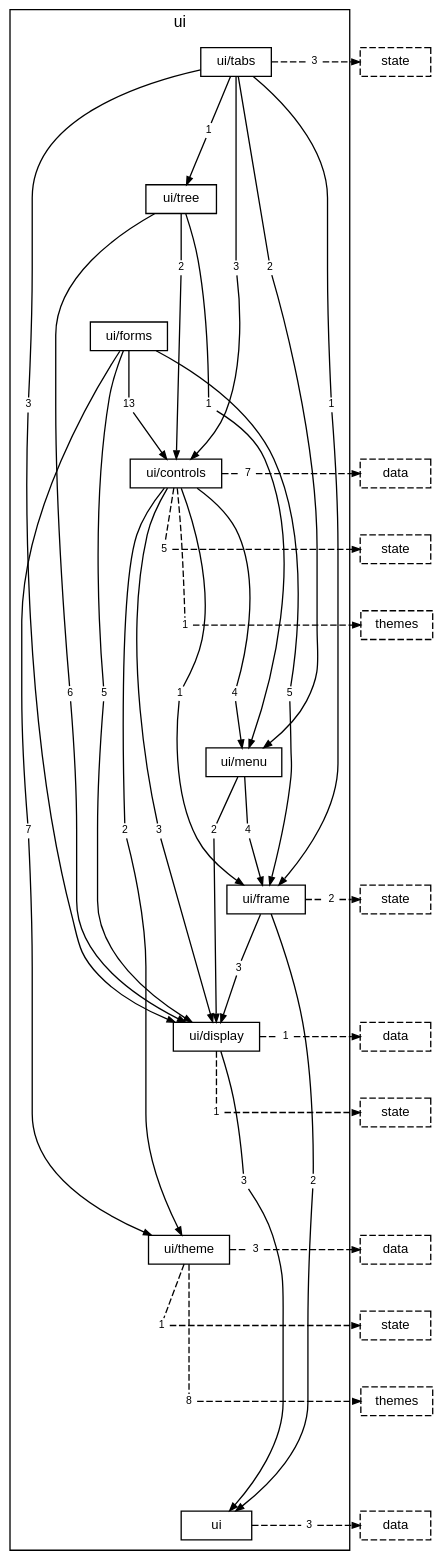
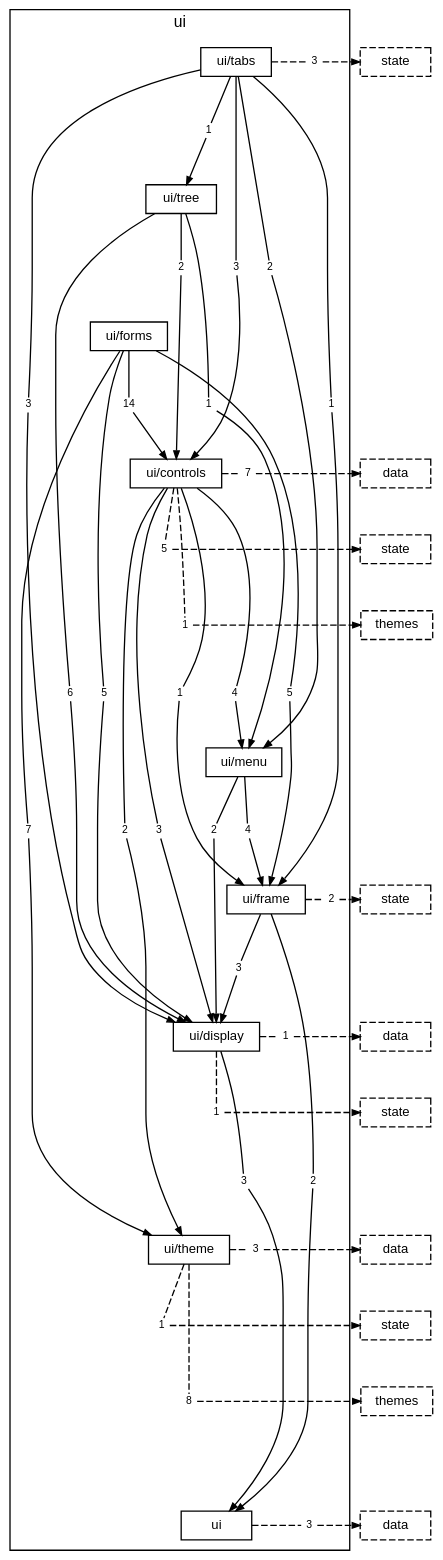
The diagram in docs/diagrams/layer-ui.dot (TheAxeC/oculus), drawn with Graphviz before and after one commit. The commit also changed 81 other files, not shown here.

```diff
--- a/docs/diagrams/layer-ui.dot
+++ b/docs/diagrams/layer-ui.dot
@@ -1,143 +1,143 @@
 digraph layer_ui {
     graph [bgcolor="transparent", rankdir=TB, newrank=true, mclimit=4, fontname="Helvetica", fontsize=12, nodesep=0.2, ranksep=0.5];
     node [shape=box, color="black", fontcolor="black", fontname="Helvetica", fontsize=10, height=0.3, margin="0.12,0.04"];
     edge [color="black", fontcolor="black", fontname="Helvetica", fontsize=8, arrowsize=0.6];
     subgraph "cluster_ui" {
         label="ui"; style=solid;
         "folder ui/tabs" [label="ui/tabs"];
         "folder ui/tree" [label="ui/tree"];
         "folder ui/forms" [label="ui/forms"];
         "folder ui/controls" [label="ui/controls"];
         "folder ui/menu" [label="ui/menu"];
         "folder ui/frame" [label="ui/frame"];
         "folder ui/display" [label="ui/display"];
         "folder ui/theme" [label="ui/theme"];
         "folder ui" [label="ui"];
         "folder ui/tabs to folder ui/controls" [label="3", shape=box, color="transparent", fontsize=8, width=0, height=0, margin="0.04,0.02"];
         "folder ui/tabs to folder ui/display" [label="3", shape=box, color="transparent", fontsize=8, width=0, height=0, margin="0.04,0.02"];
         "folder ui/tabs to folder ui/frame" [label="1", shape=box, color="transparent", fontsize=8, width=0, height=0, margin="0.04,0.02"];
         "folder ui/tabs to folder ui/menu" [label="2", shape=box, color="transparent", fontsize=8, width=0, height=0, margin="0.04,0.02"];
         "folder ui/tabs to folder ui/tree" [label="1", shape=box, color="transparent", fontsize=8, width=0, height=0, margin="0.04,0.02"];
         "folder ui/tabs to layer state" [label="3", shape=box, color="transparent", fontsize=8, width=0, height=0, margin="0.04,0.02"];
         "folder ui/tree to folder ui/controls" [label="2", shape=box, color="transparent", fontsize=8, width=0, height=0, margin="0.04,0.02"];
         "folder ui/tree to folder ui/display" [label="6", shape=box, color="transparent", fontsize=8, width=0, height=0, margin="0.04,0.02"];
         "folder ui/tree to folder ui/menu" [label="1", shape=box, color="transparent", fontsize=8, width=0, height=0, margin="0.04,0.02"];
-        "folder ui/forms to folder ui/controls" [label="13", shape=box, color="transparent", fontsize=8, width=0, height=0, margin="0.04,0.02"];
+        "folder ui/forms to folder ui/controls" [label="14", shape=box, color="transparent", fontsize=8, width=0, height=0, margin="0.04,0.02"];
         "folder ui/forms to folder ui/display" [label="5", shape=box, color="transparent", fontsize=8, width=0, height=0, margin="0.04,0.02"];
         "folder ui/forms to folder ui/frame" [label="5", shape=box, color="transparent", fontsize=8, width=0, height=0, margin="0.04,0.02"];
         "folder ui/forms to folder ui/theme" [label="7", shape=box, color="transparent", fontsize=8, width=0, height=0, margin="0.04,0.02"];
         "folder ui/controls to folder ui/display" [label="3", shape=box, color="transparent", fontsize=8, width=0, height=0, margin="0.04,0.02"];
         "folder ui/controls to folder ui/frame" [label="1", shape=box, color="transparent", fontsize=8, width=0, height=0, margin="0.04,0.02"];
         "folder ui/controls to folder ui/menu" [label="4", shape=box, color="transparent", fontsize=8, width=0, height=0, margin="0.04,0.02"];
         "folder ui/controls to folder ui/theme" [label="2", shape=box, color="transparent", fontsize=8, width=0, height=0, margin="0.04,0.02"];
         "folder ui/controls to layer data" [label="7", shape=box, color="transparent", fontsize=8, width=0, height=0, margin="0.04,0.02"];
         "folder ui/controls to layer state" [label="5", shape=box, color="transparent", fontsize=8, width=0, height=0, margin="0.04,0.02"];
         "folder ui/controls to layer themes" [label="1", shape=box, color="transparent", fontsize=8, width=0, height=0, margin="0.04,0.02"];
         "folder ui/menu to folder ui/display" [label="2", shape=box, color="transparent", fontsize=8, width=0, height=0, margin="0.04,0.02"];
         "folder ui/menu to folder ui/frame" [label="4", shape=box, color="transparent", fontsize=8, width=0, height=0, margin="0.04,0.02"];
         "folder ui/frame to folder ui" [label="2", shape=box, color="transparent", fontsize=8, width=0, height=0, margin="0.04,0.02"];
         "folder ui/frame to folder ui/display" [label="3", shape=box, color="transparent", fontsize=8, width=0, height=0, margin="0.04,0.02"];
         "folder ui/frame to layer state" [label="2", shape=box, color="transparent", fontsize=8, width=0, height=0, margin="0.04,0.02"];
         "folder ui/display to folder ui" [label="3", shape=box, color="transparent", fontsize=8, width=0, height=0, margin="0.04,0.02"];
         "folder ui/display to layer data" [label="1", shape=box, color="transparent", fontsize=8, width=0, height=0, margin="0.04,0.02"];
         "folder ui/display to layer state" [label="1", shape=box, color="transparent", fontsize=8, width=0, height=0, margin="0.04,0.02"];
         "folder ui/theme to layer data" [label="3", shape=box, color="transparent", fontsize=8, width=0, height=0, margin="0.04,0.02"];
         "folder ui/theme to layer state" [label="1", shape=box, color="transparent", fontsize=8, width=0, height=0, margin="0.04,0.02"];
         "folder ui/theme to layer themes" [label="8", shape=box, color="transparent", fontsize=8, width=0, height=0, margin="0.04,0.02"];
         "folder ui to layer data" [label="3", shape=box, color="transparent", fontsize=8, width=0, height=0, margin="0.04,0.02"];
     }
     "layer state from folder ui/tabs" [label="state", style=dashed];
     "layer data from folder ui/controls" [label="data", style=dashed];
     "layer state from folder ui/controls" [label="state", style=dashed];
     "layer themes from folder ui/controls" [label="themes", style=dashed];
     "layer state from folder ui/frame" [label="state", style=dashed];
     "layer data from folder ui/display" [label="data", style=dashed];
     "layer state from folder ui/display" [label="state", style=dashed];
     "layer data from folder ui/theme" [label="data", style=dashed];
     "layer state from folder ui/theme" [label="state", style=dashed];
     "layer themes from folder ui/theme" [label="themes", style=dashed];
     "layer data from folder ui" [label="data", style=dashed];
     "folder ui/tabs" -> "folder ui/tree" [style=invis, weight=10, minlen=2];
     "folder ui/tree" -> "folder ui/forms" [style=invis, weight=10, minlen=2];
     "folder ui/forms" -> "folder ui/controls" [style=invis, weight=10, minlen=2];
     "folder ui/controls" -> "folder ui/menu" [style=invis, weight=10, minlen=4];
     "folder ui/menu" -> "folder ui/frame" [style=invis, weight=10, minlen=2];
     "folder ui/frame" -> "folder ui/display" [style=invis, weight=10, minlen=2];
     "folder ui/display" -> "folder ui/theme" [style=invis, weight=10, minlen=3];
     "folder ui/theme" -> "folder ui" [style=invis, weight=10, minlen=4];
     "folder ui/tabs" -> "folder ui/tabs to folder ui/controls" [arrowhead=none, minlen=3, weight=10];
     "folder ui/tabs to folder ui/controls" -> "folder ui/controls" [];
     "folder ui/tabs" -> "folder ui/tabs to folder ui/display" [arrowhead=none, minlen=5, weight=10];
     "folder ui/tabs to folder ui/display" -> "folder ui/display" [];
     "folder ui/tabs" -> "folder ui/tabs to folder ui/frame" [arrowhead=none, minlen=5, weight=10];
     "folder ui/tabs to folder ui/frame" -> "folder ui/frame" [];
     "folder ui/tabs" -> "folder ui/tabs to folder ui/menu" [arrowhead=none, minlen=3, weight=10];
     "folder ui/tabs to folder ui/menu" -> "folder ui/menu" [];
     "folder ui/tabs" -> "folder ui/tabs to folder ui/tree" [arrowhead=none, minlen=1, weight=10];
     "folder ui/tabs to folder ui/tree" -> "folder ui/tree" [];
     "folder ui/tabs" -> "folder ui/tabs to layer state" [arrowhead=none, style=dashed];
     "folder ui/tabs to layer state" -> "layer state from folder ui/tabs" [style=dashed];
     { rank=same; "folder ui/tabs"; "folder ui/tabs to layer state"; "layer state from folder ui/tabs"; }
     "folder ui/tree" -> "folder ui/tree to folder ui/controls" [arrowhead=none, minlen=1, weight=10];
     "folder ui/tree to folder ui/controls" -> "folder ui/controls" [];
     "folder ui/tree" -> "folder ui/tree to folder ui/display" [arrowhead=none, minlen=7, weight=10];
     "folder ui/tree to folder ui/display" -> "folder ui/display" [];
     "folder ui/tree" -> "folder ui/tree to folder ui/menu" [arrowhead=none, minlen=3, weight=10];
     "folder ui/tree to folder ui/menu" -> "folder ui/menu" [];
     "folder ui/forms" -> "folder ui/forms to folder ui/controls" [arrowhead=none, minlen=1, weight=10];
     "folder ui/forms to folder ui/controls" -> "folder ui/controls" [];
     "folder ui/forms" -> "folder ui/forms to folder ui/display" [arrowhead=none, minlen=5, weight=10];
     "folder ui/forms to folder ui/display" -> "folder ui/display" [];
     "folder ui/forms" -> "folder ui/forms to folder ui/frame" [arrowhead=none, minlen=5, weight=10];
     "folder ui/forms to folder ui/frame" -> "folder ui/frame" [];
     "folder ui/forms" -> "folder ui/forms to folder ui/theme" [arrowhead=none, minlen=7, weight=10];
     "folder ui/forms to folder ui/theme" -> "folder ui/theme" [];
     "folder ui/controls" -> "folder ui/controls to folder ui/display" [arrowhead=none, minlen=5, weight=10];
     "folder ui/controls to folder ui/display" -> "folder ui/display" [];
     "folder ui/controls" -> "folder ui/controls to folder ui/frame" [arrowhead=none, minlen=3, weight=10];
     "folder ui/controls to folder ui/frame" -> "folder ui/frame" [];
     "folder ui/controls" -> "folder ui/controls to folder ui/menu" [arrowhead=none, minlen=3, weight=10];
     "folder ui/controls to folder ui/menu" -> "folder ui/menu" [];
     "folder ui/controls" -> "folder ui/controls to folder ui/theme" [arrowhead=none, minlen=5, weight=10];
     "folder ui/controls to folder ui/theme" -> "folder ui/theme" [];
     "folder ui/controls" -> "folder ui/controls to layer data" [arrowhead=none, style=dashed];
     "folder ui/controls to layer data" -> "layer data from folder ui/controls" [style=dashed];
     { rank=same; "folder ui/controls"; "folder ui/controls to layer data"; "layer data from folder ui/controls"; }
     "folder ui/controls" -> "folder ui/controls to layer state" [arrowhead=none, style=dashed, minlen=1, weight=10];
     "folder ui/controls to layer state" -> "layer state from folder ui/controls" [style=dashed];
     { rank=same; "folder ui/controls to layer state"; "layer state from folder ui/controls"; }
     "folder ui/controls" -> "folder ui/controls to layer themes" [arrowhead=none, style=dashed, minlen=2, weight=10];
     "folder ui/controls to layer themes" -> "layer themes from folder ui/controls" [style=dashed];
     { rank=same; "folder ui/controls to layer themes"; "layer themes from folder ui/controls"; }
     "folder ui/menu" -> "folder ui/menu to folder ui/display" [arrowhead=none, minlen=1, weight=10];
     "folder ui/menu to folder ui/display" -> "folder ui/display" [];
     "folder ui/menu" -> "folder ui/menu to folder ui/frame" [arrowhead=none, minlen=1, weight=10];
     "folder ui/menu to folder ui/frame" -> "folder ui/frame" [];
     "folder ui/frame" -> "folder ui/frame to folder ui" [arrowhead=none, minlen=4, weight=10];
     "folder ui/frame to folder ui" -> "folder ui" [];
     "folder ui/frame" -> "folder ui/frame to folder ui/display" [arrowhead=none, minlen=1, weight=10];
     "folder ui/frame to folder ui/display" -> "folder ui/display" [];
     "folder ui/frame" -> "folder ui/frame to layer state" [arrowhead=none, style=dashed];
     "folder ui/frame to layer state" -> "layer state from folder ui/frame" [style=dashed];
     { rank=same; "folder ui/frame"; "folder ui/frame to layer state"; "layer state from folder ui/frame"; }
     "folder ui/display" -> "folder ui/display to folder ui" [arrowhead=none, minlen=2, weight=10];
     "folder ui/display to folder ui" -> "folder ui" [];
     "folder ui/display" -> "folder ui/display to layer data" [arrowhead=none, style=dashed];
     "folder ui/display to layer data" -> "layer data from folder ui/display" [style=dashed];
     { rank=same; "folder ui/display"; "folder ui/display to layer data"; "layer data from folder ui/display"; }
     "folder ui/display" -> "folder ui/display to layer state" [arrowhead=none, style=dashed, minlen=1, weight=10];
     "folder ui/display to layer state" -> "layer state from folder ui/display" [style=dashed];
     { rank=same; "folder ui/display to layer state"; "layer state from folder ui/display"; }
     "folder ui/theme" -> "folder ui/theme to layer data" [arrowhead=none, style=dashed];
     "folder ui/theme to layer data" -> "layer data from folder ui/theme" [style=dashed];
     { rank=same; "folder ui/theme"; "folder ui/theme to layer data"; "layer data from folder ui/theme"; }
     "folder ui/theme" -> "folder ui/theme to layer state" [arrowhead=none, style=dashed, minlen=1, weight=10];
     "folder ui/theme to layer state" -> "layer state from folder ui/theme" [style=dashed];
     { rank=same; "folder ui/theme to layer state"; "layer state from folder ui/theme"; }
     "folder ui/theme" -> "folder ui/theme to layer themes" [arrowhead=none, style=dashed, minlen=2, weight=10];
     "folder ui/theme to layer themes" -> "layer themes from folder ui/theme" [style=dashed];
     { rank=same; "folder ui/theme to layer themes"; "layer themes from folder ui/theme"; }
     "folder ui" -> "folder ui to layer data" [arrowhead=none, style=dashed];
     "folder ui to layer data" -> "layer data from folder ui" [style=dashed];
     { rank=same; "folder ui"; "folder ui to layer data"; "layer data from folder ui"; }
 }
```
